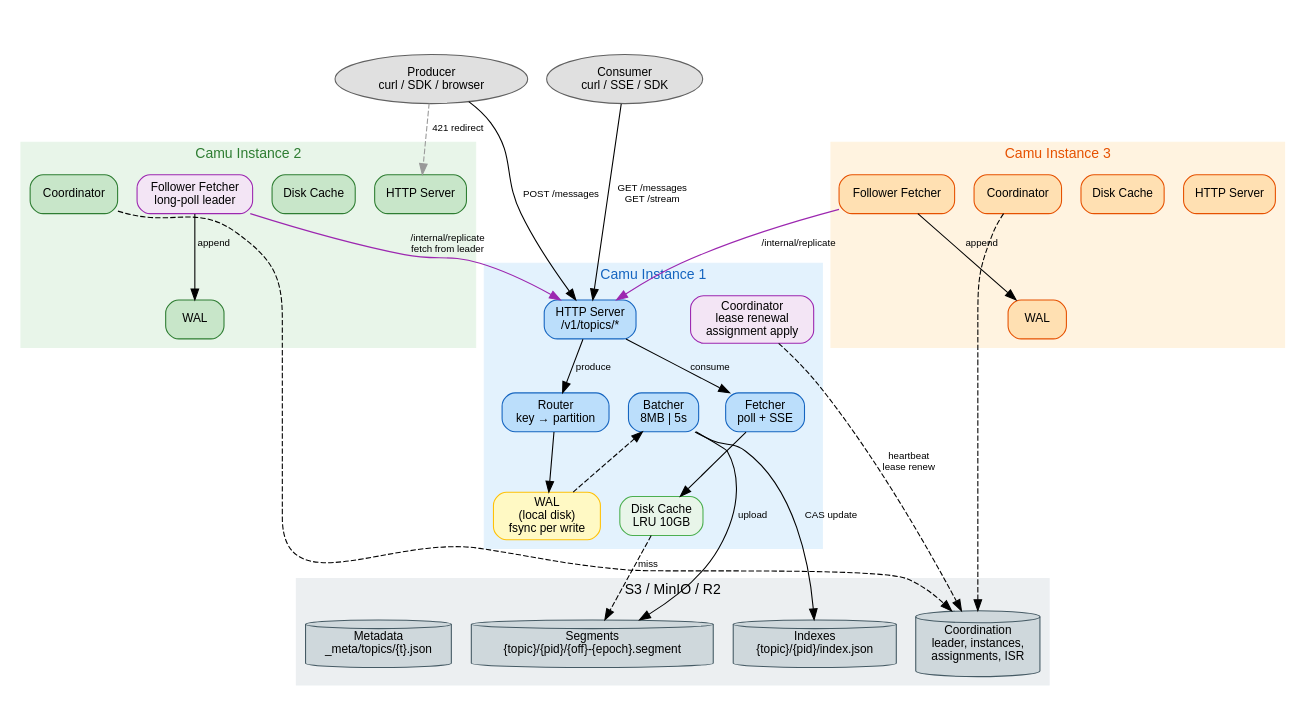
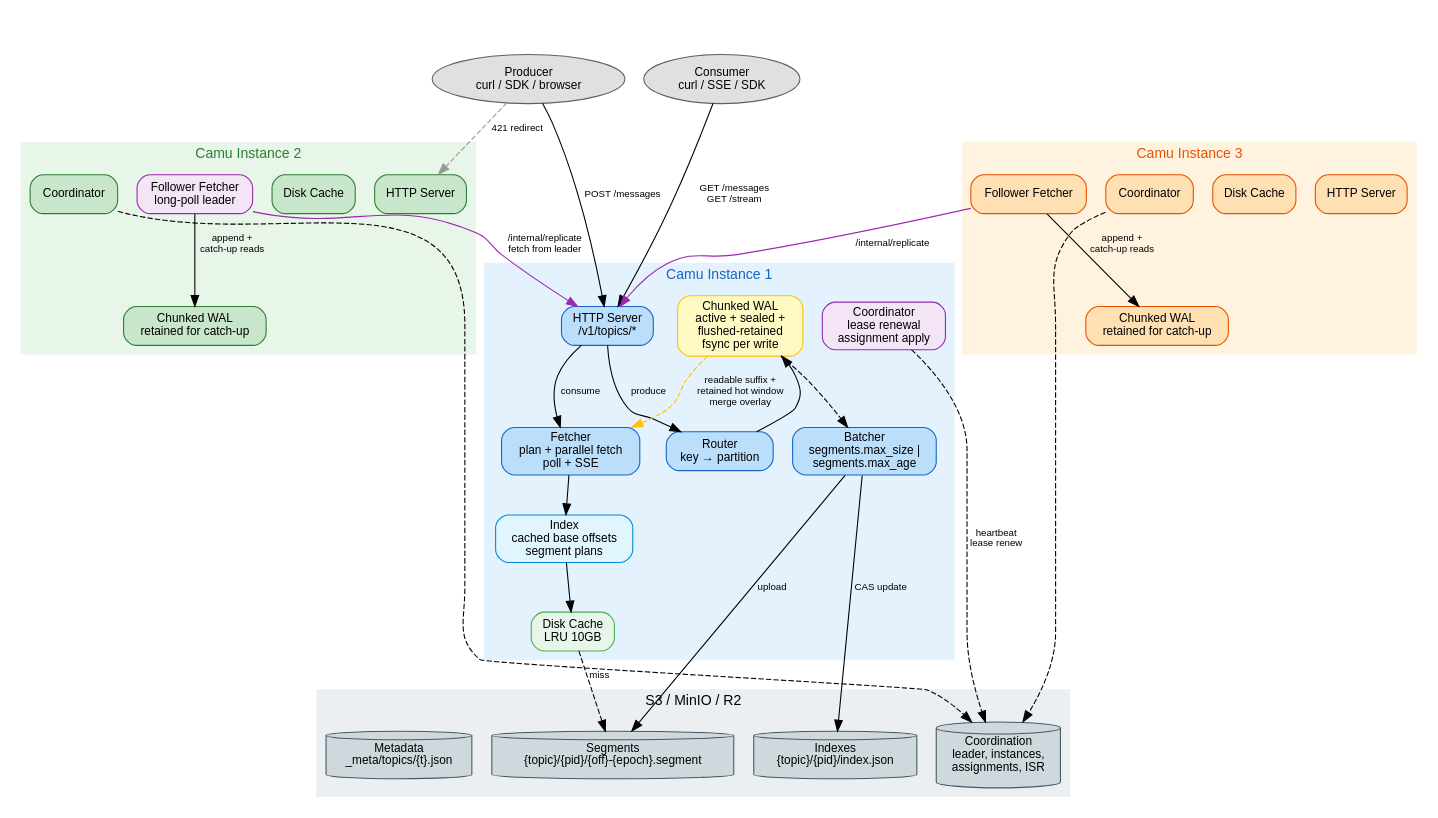
Before and after one commit to fatum/camu: the diagram in docs/diagrams/architecture-overview.dot, drawn with Graphviz. The commit also changed 69 other files, not shown here.

```diff
--- a/docs/diagrams/architecture-overview.dot
+++ b/docs/diagrams/architecture-overview.dot
@@ -1,95 +1,98 @@
 digraph architecture {
     rankdir=TB
     bgcolor="white"
     node [fontname="Helvetica" fontsize=11 style="filled,rounded" shape=box]
     edge [fontname="Helvetica" fontsize=9]
     compound=true
 
     // Clients
     subgraph cluster_clients {
         label="Clients (any HTTP)" style="invis"
         node [fillcolor="#E0E0E0" color="#616161" shape=oval]
         producer [label="Producer\ncurl / SDK / browser"]
         consumer [label="Consumer\ncurl / SSE / SDK"]
     }
 
     subgraph cluster_instance1 {
         label="Camu Instance 1" style="filled" color="#E3F2FD" fontname="Helvetica" fontsize=13 fontcolor="#1565C0"
         node [fillcolor="#BBDEFB" color="#1565C0"]
 
         http1 [label="HTTP Server\n/v1/topics/*"]
 
         subgraph cluster_produce1 {
             label="" style="invis"
             router1 [label="Router\nkey → partition"]
-            batcher1 [label="Batcher\n8MB | 5s"]
+            batcher1 [label="Batcher\nsegments.max_size |\nsegments.max_age"]
         }
 
         subgraph cluster_consume1 {
             label="" style="invis"
-            fetcher1 [label="Fetcher\npoll + SSE"]
+            fetcher1 [label="Fetcher\nplan + parallel fetch\npoll + SSE"]
         }
 
-        wal1 [label="WAL\n(local disk)\nfsync per write" fillcolor="#FFF9C4" color="#FFC107"]
+        wal1 [label="Chunked WAL\nactive + sealed +\nflushed-retained\nfsync per write" fillcolor="#FFF9C4" color="#FFC107"]
         cache1 [label="Disk Cache\nLRU 10GB" fillcolor="#E8F5E9" color="#4CAF50"]
+        index1 [label="Index\ncached base offsets\nsegment plans" fillcolor="#E1F5FE" color="#0288D1"]
         coord1 [label="Coordinator\nlease renewal\nassignment apply" fillcolor="#F3E5F5" color="#9C27B0"]
     }
 
     subgraph cluster_instance2 {
         label="Camu Instance 2" style="filled" color="#E8F5E9" fontname="Helvetica" fontsize=13 fontcolor="#2E7D32"
         node [fillcolor="#C8E6C9" color="#2E7D32"]
 
         http2 [label="HTTP Server"]
-        wal2 [label="WAL"]
+        wal2 [label="Chunked WAL\nretained for catch-up"]
         cache2 [label="Disk Cache"]
         coord2 [label="Coordinator"]
         repl2 [label="Follower Fetcher\nlong-poll leader" fillcolor="#F3E5F5" color="#9C27B0"]
     }
 
     subgraph cluster_instance3 {
         label="Camu Instance 3" style="filled" color="#FFF3E0" fontname="Helvetica" fontsize=13 fontcolor="#E65100"
         node [fillcolor="#FFE0B2" color="#E65100"]
 
         http3 [label="HTTP Server"]
-        wal3 [label="WAL"]
+        wal3 [label="Chunked WAL\nretained for catch-up"]
         cache3 [label="Disk Cache"]
         coord3 [label="Coordinator"]
         repl3 [label="Follower Fetcher"]
     }
 
     subgraph cluster_s3 {
         label="S3 / MinIO / R2" style="filled" color="#ECEFF1" fontname="Helvetica" fontsize=13
         node [fillcolor="#CFD8DC" color="#455A64" shape=cylinder]
 
         segments [label="Segments\n{topic}/{pid}/{off}-{epoch}.segment"]
         indexes [label="Indexes\n{topic}/{pid}/index.json"]
         coordination [label="Coordination\nleader, instances,\nassignments, ISR"]
         meta [label="Metadata\n_meta/topics/{t}.json"]
     }
 
     // Client flows
     producer -> http1 [label="POST /messages"]
     consumer -> http1 [label="GET /messages\nGET /stream"]
     producer -> http2 [label="421 redirect" style=dashed color="#999999"]
 
     // Instance 1 internals
     http1 -> router1 [label="produce"]
     router1 -> wal1
     wal1 -> batcher1 [style=dashed]
     batcher1 -> segments [label="upload"]
     batcher1 -> indexes [label="CAS update"]
     http1 -> fetcher1 [label="consume"]
-    fetcher1 -> cache1
+    fetcher1 -> index1
+    index1 -> cache1
     cache1 -> segments [label="miss" style=dashed]
+    wal1 -> fetcher1 [label="readable suffix +\nretained hot window\nmerge overlay" style=dashed color="#FFC107"]
     coord1 -> coordination [label="heartbeat\nlease renew" style=dashed]
 
     // Replication
     repl2 -> http1 [label="/internal/replicate\nfetch from leader" color="#9C27B0"]
     repl3 -> http1 [label="/internal/replicate" color="#9C27B0"]
-    repl2 -> wal2 [label="append"]
-    repl3 -> wal3 [label="append"]
+    repl2 -> wal2 [label="append +\ncatch-up reads"]
+    repl3 -> wal3 [label="append +\ncatch-up reads"]
 
     // Instance coordination
     coord2 -> coordination [style=dashed]
     coord3 -> coordination [style=dashed]
 }
```
